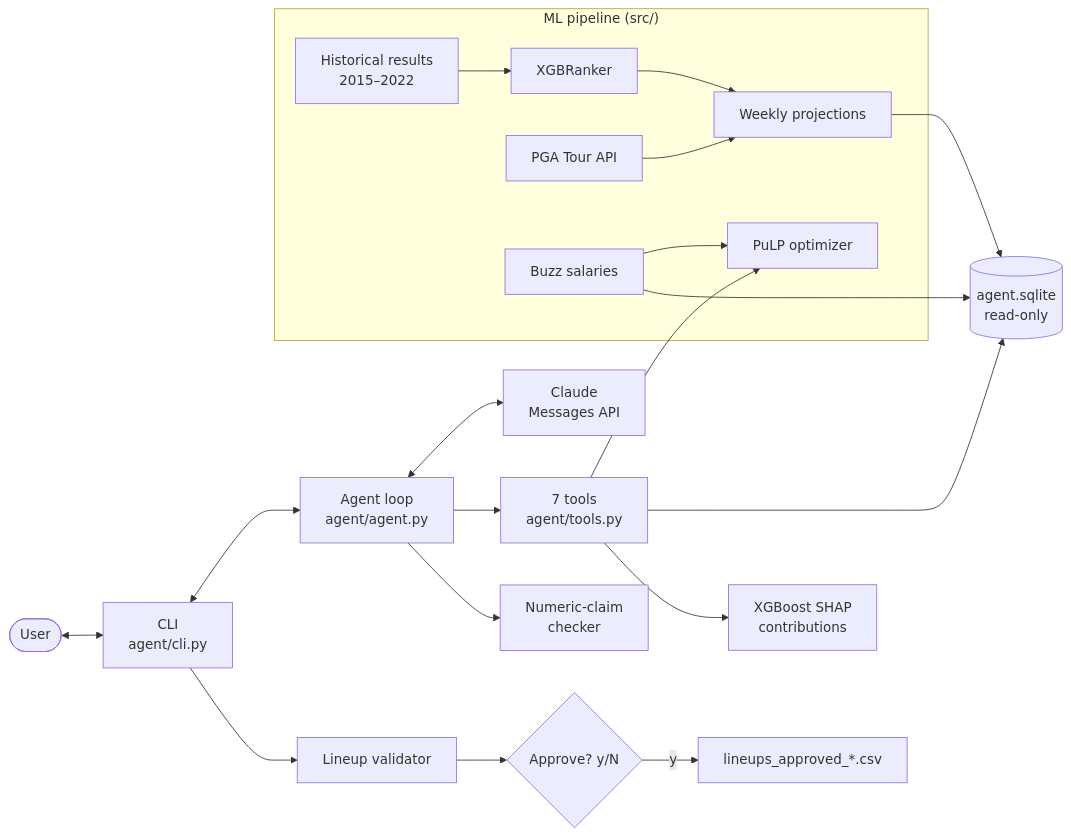
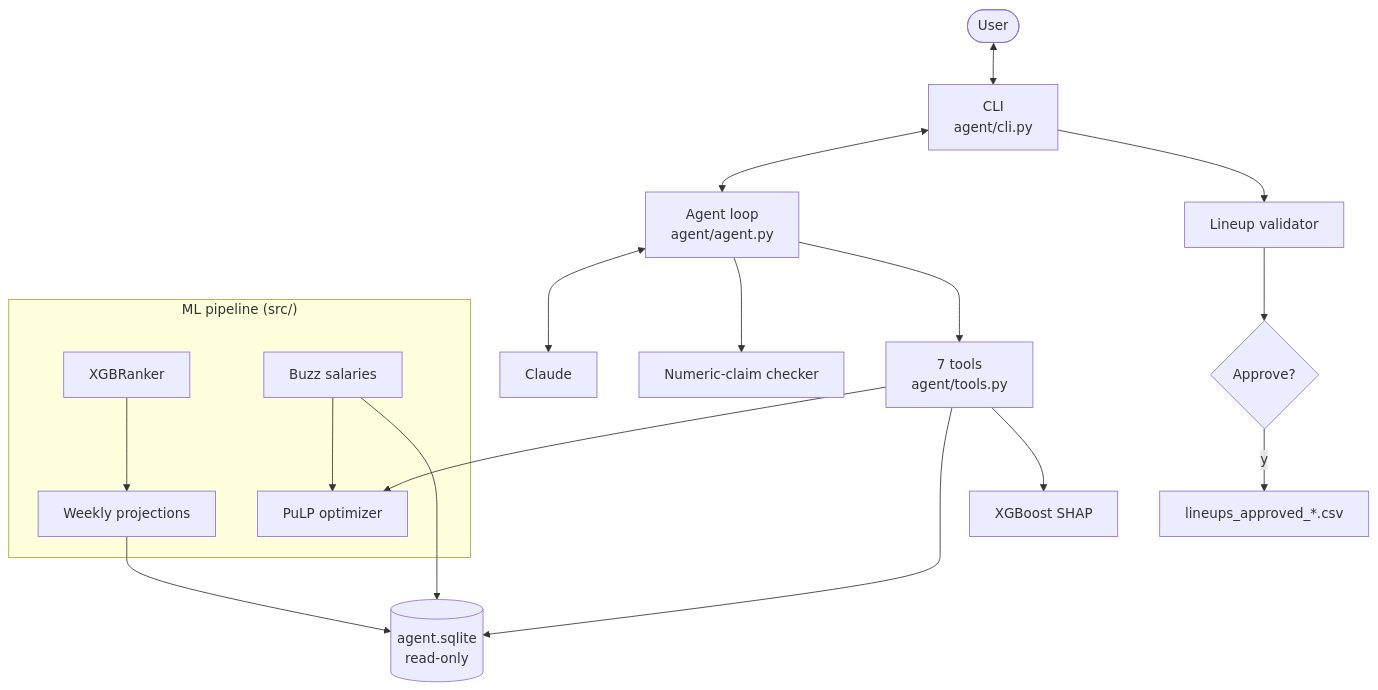
One commit to carlos-fabrega/pga-fantasy-golf changed the diagram in README.md. Above: the diagram before and after it, drawn with Mermaid.

Commit message:
Make the README architecture diagram top-to-bottom so it's legible on GitHub

````diff
--- a/README.md
+++ b/README.md
@@ -59,22 +59,20 @@
 ```mermaid
-flowchart LR
+flowchart TB
+    user(["User"]) <--> cli["CLI<br/>agent/cli.py"]
+    cli <--> loop["Agent loop<br/>agent/agent.py"]
+    loop <--> claude["Claude"]
+    loop --> check["Numeric-claim checker"]
+    loop --> tools["7 tools<br/>agent/tools.py"]
+    tools --> db[("agent.sqlite<br/>read-only")]
+    tools --> shap["XGBoost SHAP"]
+    tools --> opt
+    cli --> valid["Lineup validator"]
+    valid --> approve{"Approve?"}
+    approve -- "y" --> saved["lineups_approved_*.csv"]
     subgraph pipeline["ML pipeline (src/)"]
-        hist["Historical results<br/>2015–2022"] --> model["XGBRanker"]
-        api["PGA Tour API"] --> proj["Weekly projections"]
-        model --> proj
+        model["XGBRanker"] --> proj["Weekly projections"]
         sal["Buzz salaries"] --> opt["PuLP optimizer"]
     end
-    proj --> db[("agent.sqlite<br/>read-only")]
+    proj --> db
     sal --> db
-    user(["User"]) <--> cli["CLI<br/>agent/cli.py"]
-    cli <--> loop["Agent loop<br/>agent/agent.py"]
-    loop <--> claude["Claude<br/>Messages API"]
-    loop --> tools["7 tools<br/>agent/tools.py"]
-    tools --> db
-    tools --> opt
-    tools --> shap["XGBoost SHAP<br/>contributions"]
-    loop --> check["Numeric-claim<br/>checker"]
-    cli --> valid["Lineup validator"]
-    valid --> approve{"Approve? y/N"}
-    approve -- y --> saved["lineups_approved_*.csv"]
 ```
````
